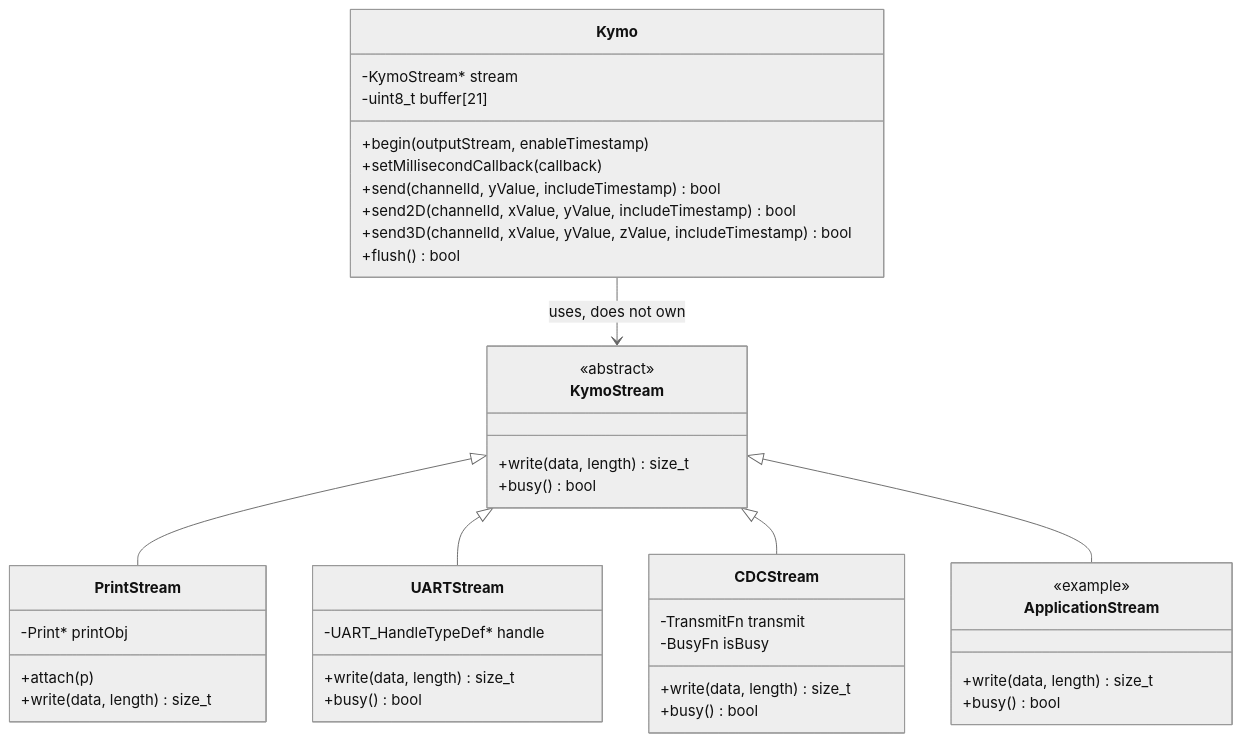
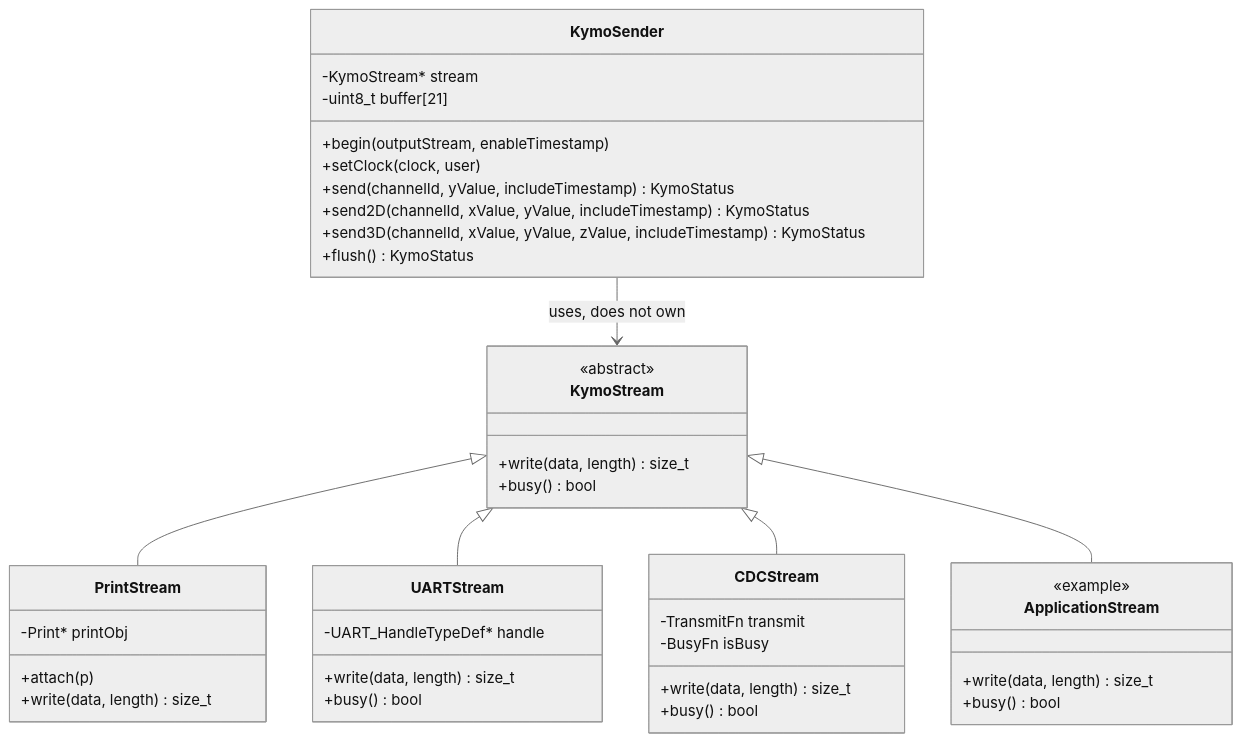
One commit to CodeName-666/kymoprobe changed the fourth of 5 diagrams in docs/MANUAL.md. Above: the diagram before and after it, drawn with Mermaid (neutral theme). The commit also changed other lines of this file and 156 other files, not shown here.

````diff
--- a/docs/MANUAL.md
+++ b/docs/MANUAL.md
@@ -262,44 +262,44 @@
 ```mermaid
 classDiagram
-    class Kymo {
+    class KymoSender {
         -KymoStream* stream
         -uint8_t buffer[21]
         +begin(outputStream, enableTimestamp)
-        +setMillisecondCallback(callback)
-        +send(channelId, yValue, includeTimestamp) bool
-        +send2D(channelId, xValue, yValue, includeTimestamp) bool
-        +send3D(channelId, xValue, yValue, zValue, includeTimestamp) bool
-        +flush() bool
+        +setClock(clock, user)
+        +send(channelId, yValue, includeTimestamp) KymoStatus
+        +send2D(channelId, xValue, yValue, includeTimestamp) KymoStatus
+        +send3D(channelId, xValue, yValue, zValue, includeTimestamp) KymoStatus
+        +flush() KymoStatus
     }
     class KymoStream {
         <<abstract>>
         +write(data, length) size_t
         +busy() bool
     }
     class PrintStream {
         -Print* printObj
         +attach(p)
         +write(data, length) size_t
     }
     class UARTStream {
         -UART_HandleTypeDef* handle
         +write(data, length) size_t
         +busy() bool
     }
     class CDCStream {
         -TransmitFn transmit
         -BusyFn isBusy
         +write(data, length) size_t
         +busy() bool
     }
     class ApplicationStream {
         <<example>>
         +write(data, length) size_t
         +busy() bool
     }
-    Kymo --> KymoStream : uses, does not own
+    KymoSender --> KymoStream : uses, does not own
     KymoStream <|-- PrintStream
     KymoStream <|-- UARTStream
     KymoStream <|-- CDCStream
     KymoStream <|-- ApplicationStream
 ```
````
